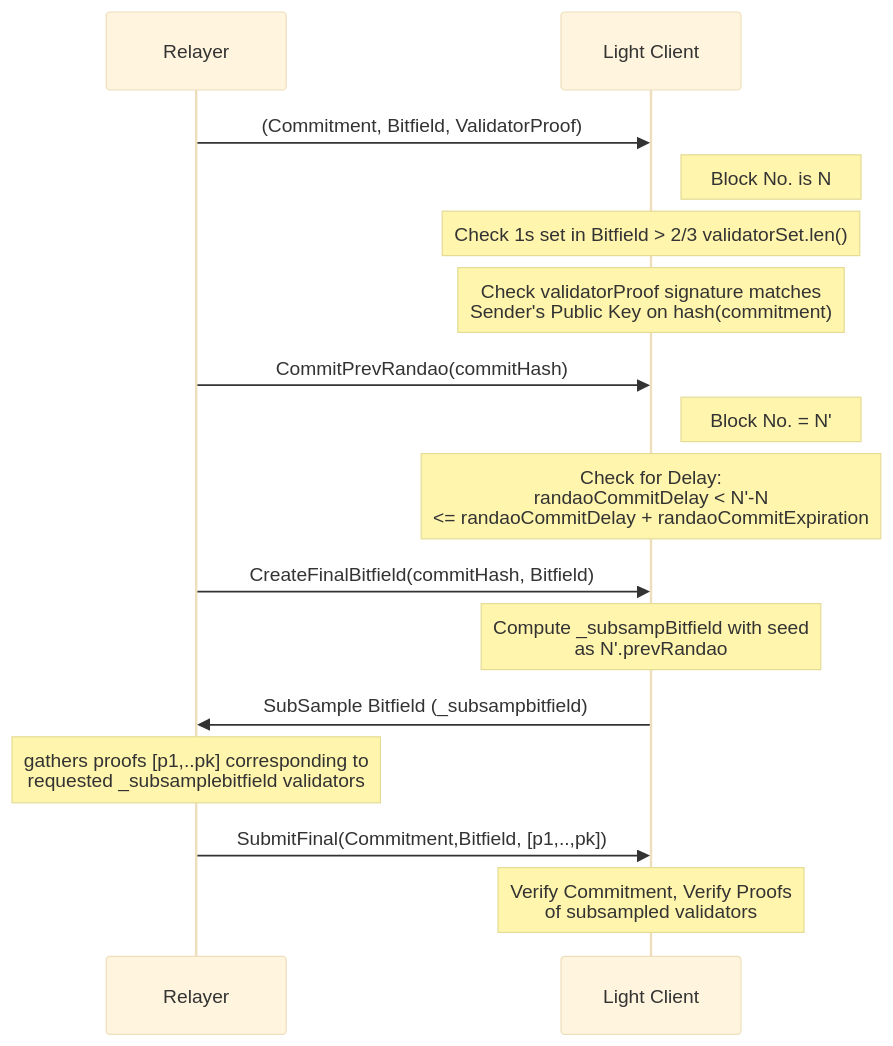
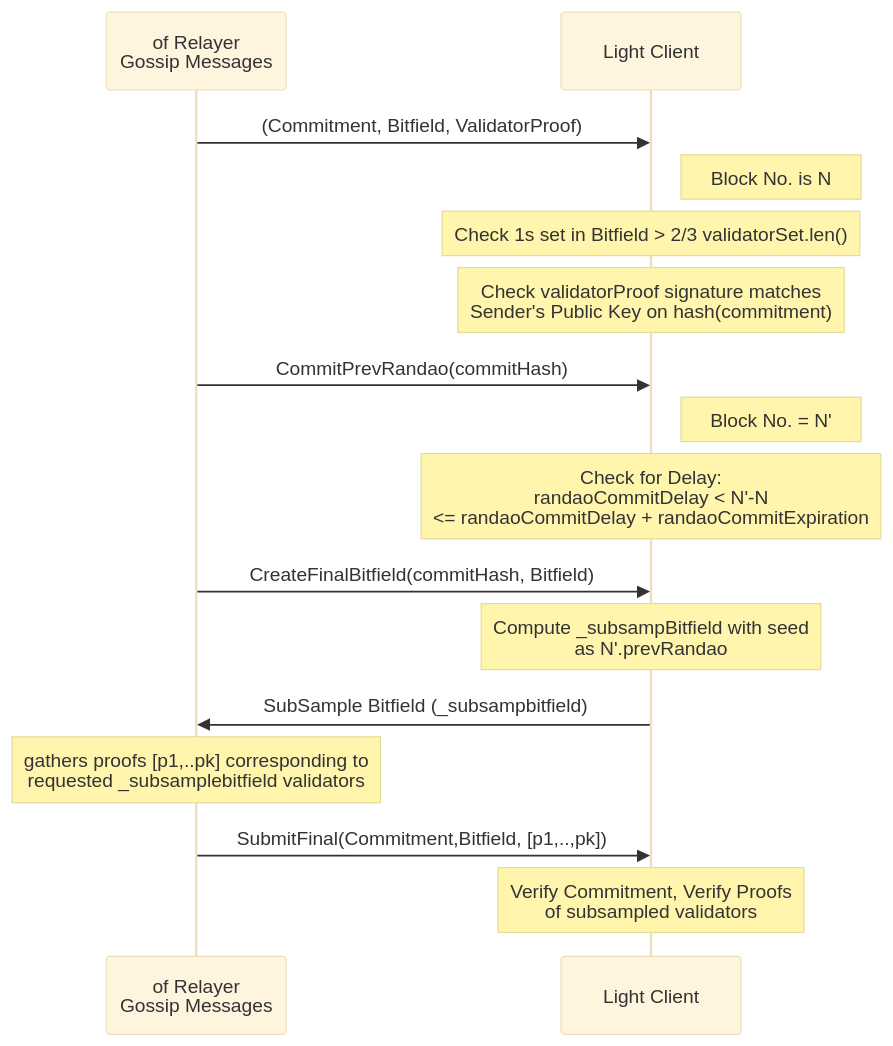
The diagram in docs/Implementation Guide/beefy-guide.md (w3f/polkadot-spec-website), drawn with Mermaid (base theme) before and after one commit. The commit also changed other lines of this file, not shown here.

Commit message:
refactored notes on off-chain light clients

````diff
--- a/docs/Implementation Guide/beefy-guide.md
+++ b/docs/Implementation Guide/beefy-guide.md
@@ -24,19 +30,19 @@
 ```mermaid
 sequenceDiagram
-    participant R as Relayer
+    participant S as  of Relayer <br> Gossip Messages
     participant L as Light Client
-    R->>L: (Commitment, Bitfield, ValidatorProof)
+    S->>L: (Commitment, Bitfield, ValidatorProof)
     Note right of L: Block No. is N
     Note over L: Check 1s set in Bitfield > 2/3 validatorSet.len() 
     Note over L: Check validatorProof signature matches <br> Sender's Public Key on hash(commitment)
-    R->>L: CommitPrevRandao(commitHash)
+    S->>L: CommitPrevRandao(commitHash)
     Note right of L: Block No. = N' 
     Note over L: Check for Delay: <br> randaoCommitDelay < N'-N  <br> <= randaoCommitDelay + randaoCommitExpiration
-    R->>L: CreateFinalBitfield(commitHash, Bitfield) 
+    S->>L: CreateFinalBitfield(commitHash, Bitfield) 
     Note over L: Compute _subsampBitfield with seed <br> as N'.prevRandao
-    L->>R: SubSample Bitfield (_subsampbitfield)
-    Note over R: gathers proofs [p1,..pk] corresponding to <br> requested _subsamplebitfield validators
-    R->>L: SubmitFinal(Commitment,Bitfield, [p1,..,pk])
+    L->>S: SubSample Bitfield (_subsampbitfield)
+    Note over S: gathers proofs [p1,..pk] corresponding to <br> requested _subsamplebitfield validators
+    S->>L: SubmitFinal(Commitment,Bitfield, [p1,..,pk])
     Note over L: Verify Commitment, Verify Proofs <br> of subsampled validators
 
 ```
````
